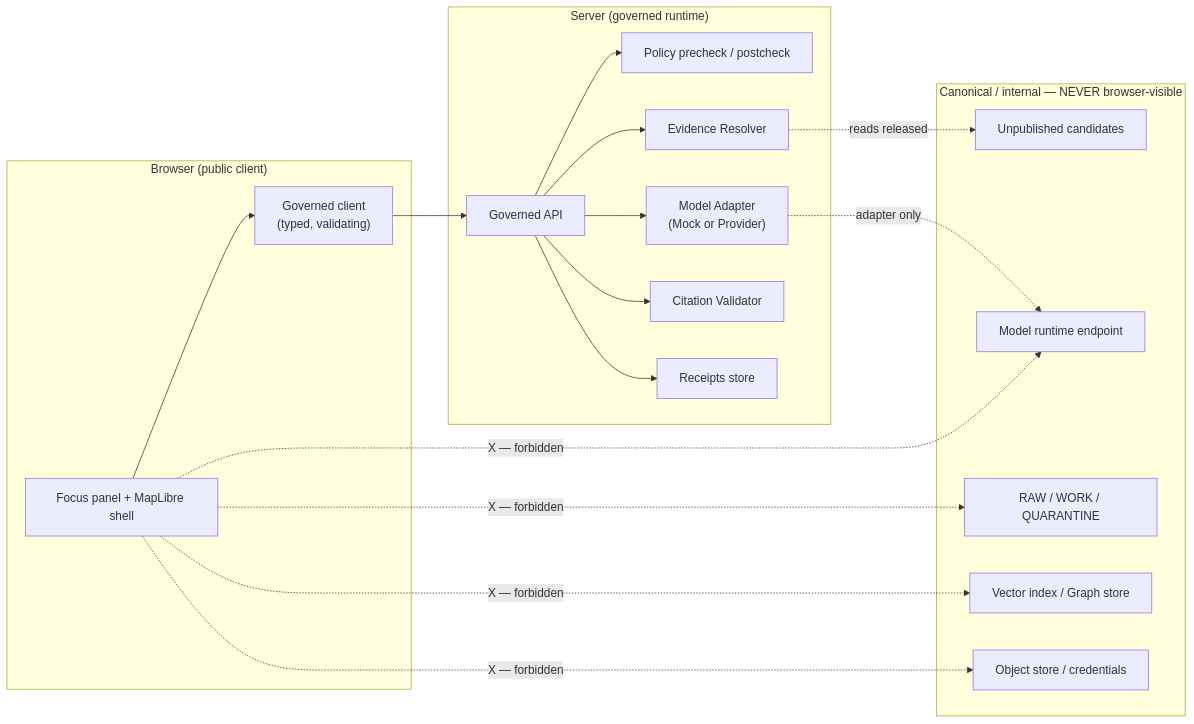
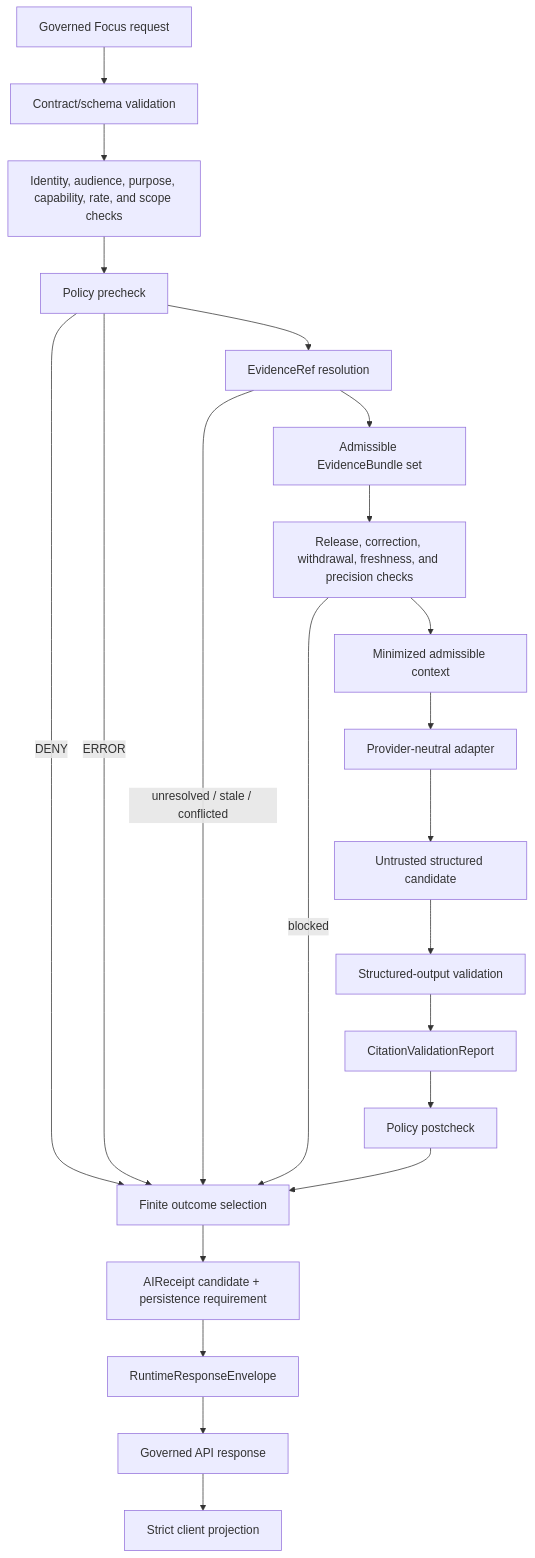
Before and after one commit to bartytime4life/Kansas-Frontier-Matrix: the second of 2 diagrams in docs/architecture/governed-ai/FOCUS_FLOW.md, drawn with Mermaid. The commit also changed other lines of this file and 1 other file, not shown here.

Commit message:
docs(governed-ai): ground Focus flow in current repository evidence

````diff
--- a/docs/architecture/governed-ai/FOCUS_FLOW.md
+++ b/docs/architecture/governed-ai/FOCUS_FLOW.md
@@ -310,39 +361,24 @@
 ```mermaid
-flowchart LR
-    subgraph BROWSER["Browser (public client)"]
-        UI["Focus panel + MapLibre shell"]
-        GC["Governed client<br/>(typed, validating)"]
-    end
-
-    subgraph SERVER["Server (governed runtime)"]
-        API["Governed API"]
-        POL["Policy precheck / postcheck"]
-        ER["Evidence Resolver"]
-        ADP["Model Adapter<br/>(Mock or Provider)"]
-        CIT["Citation Validator"]
-        REC["Receipts store"]
-    end
-
-    subgraph CANON["Canonical / internal — NEVER browser-visible"]
-        RAW["RAW / WORK / QUARANTINE"]
-        CAND["Unpublished candidates"]
-        VEC["Vector index / Graph store"]
-        OBJ["Object store / credentials"]
-        MOD["Model runtime endpoint"]
-    end
-
-    UI --> GC --> API
-    API --> POL
-    API --> ER
-    API --> ADP
-    API --> CIT
-    API --> REC
-    ER -.reads released.-> CAND
-    ADP -.adapter only.-> MOD
-
-    %% Forbidden direct paths
-    UI -. "X — forbidden" .-> MOD
-    UI -. "X — forbidden" .-> RAW
-    UI -. "X — forbidden" .-> VEC
-    UI -. "X — forbidden" .-> OBJ
+flowchart TB
+  REQ["Governed Focus request"] --> SHAPE["Contract/schema validation"]
+  SHAPE --> ID["Identity, audience, purpose, capability, rate, and scope checks"]
+  ID --> PRE["Policy precheck"]
+  PRE -->|DENY| OUT["Finite outcome selection"]
+  PRE -->|ERROR| OUT
+  PRE --> EVR["EvidenceRef resolution"]
+  EVR -->|unresolved / stale / conflicted| OUT
+  EVR --> BUNDLE["Admissible EvidenceBundle set"]
+  BUNDLE --> REL["Release, correction, withdrawal, freshness, and precision checks"]
+  REL -->|blocked| OUT
+  REL --> CTX["Minimized admissible context"]
+  CTX --> ADAPTER["Provider-neutral adapter"]
+  ADAPTER --> CAND["Untrusted structured candidate"]
+  CAND --> STRUCT["Structured-output validation"]
+  STRUCT --> CIT["CitationValidationReport"]
+  CIT --> POST["Policy postcheck"]
+  POST --> OUT
+  OUT --> REC["AIReceipt candidate + persistence requirement"]
+  REC --> ENV["RuntimeResponseEnvelope"]
+  ENV --> API["Governed API response"]
+  API --> CLIENT["Strict client projection"]
 ```
````
